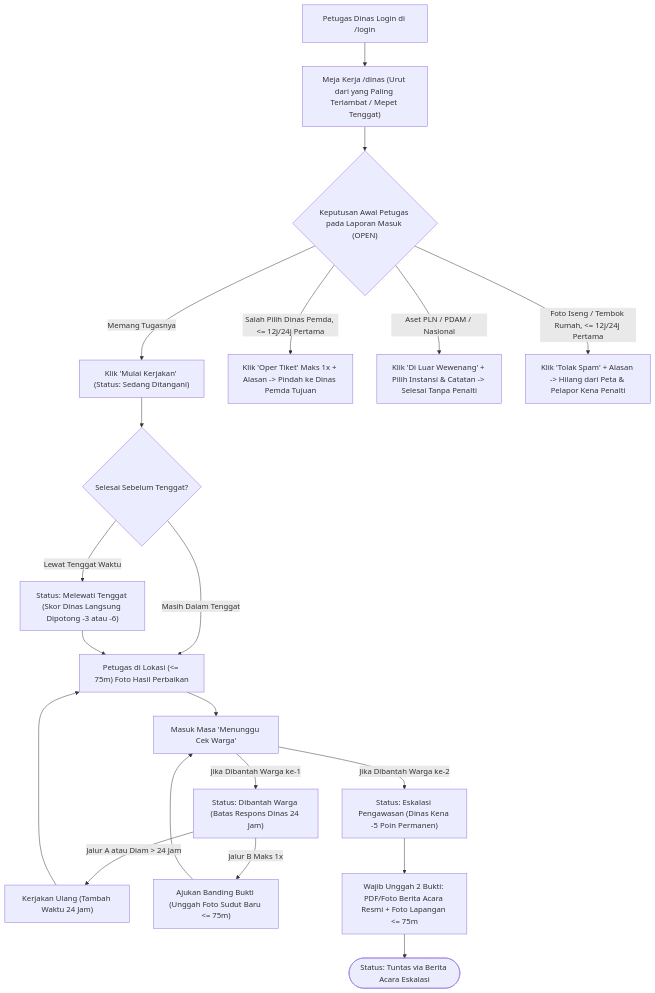
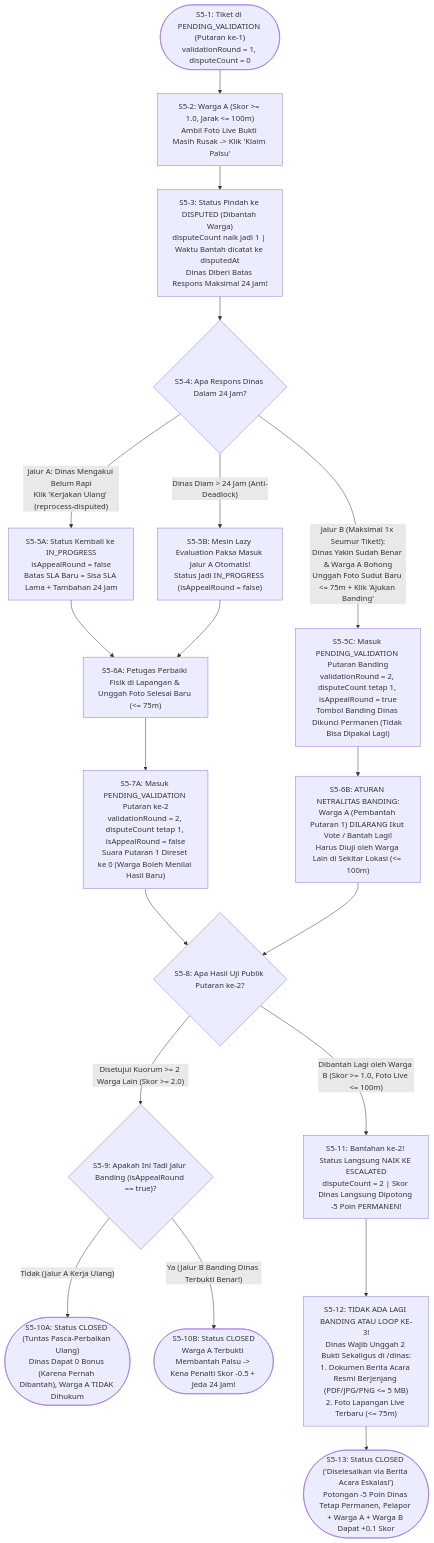
The fifth of 8 diagrams in docs/flow.md (Rejaacoding/laporpak-techcomfest2027), drawn with Mermaid before and after one commit. The commit also changed other lines of this file and 5 other files, not shown here.

Commit message:
docs(v3.5): add 3-layer anti-buzzer specs, Catatan Kerja Dinas rename, 8 detailed flowcharts, updated tasks, and PDF exports

````diff
--- a/docs/flow.md
+++ b/docs/flow.md
@@ -122,26 +201,30 @@
 ```mermaid
 flowchart TD
-    DinasLogin["Petugas Dinas Login di /login"] --> Queue["Meja Kerja /dinas (Urut dari yang Paling Terlambat / Mepet Tenggat)"]
-    Queue --> Action{"Keputusan Awal Petugas pada Laporan Masuk (OPEN)"}
+    S1(["S5-1: Tiket di PENDING_VALIDATION (Putaran ke-1)\nvalidationRound = 1, disputeCount = 0"]) --> S2["S5-2: Warga A (Skor >= 1.0, Jarak <= 100m)\nAmbil Foto Live Bukti Masih Rusak -> Klik 'Klaim Palsu'"]
 
-    Action -->|Memang Tugasnya| Work["Klik 'Mulai Kerjakan' (Status: Sedang Ditangani)"]
-    Action -->|Salah Pilih Dinas Pemda, <= 12j/24j Pertama| Transfer["Klik 'Oper Tiket' Maks 1x + Alasan -> Pindah ke Dinas Pemda Tujuan"]
-    Action -->|Aset PLN / PDAM / Nasional| OutScope["Klik 'Di Luar Wewenang' + Pilih Instansi & Catatan -> Selesai Tanpa Penalti"]
-    Action -->|Foto Iseng / Tembok Rumah, <= 12j/24j Pertama| Spam["Klik 'Tolak Spam' + Alasan -> Hilang dari Peta & Pelapor Kena Penalti"]
+    S2 --> S3["S5-3: Status Pindah ke DISPUTED (Dibantah Warga)\ndisputeCount naik jadi 1 | Waktu Bantah dicatat ke disputedAt\nDinas Diberi Batas Respons Maksimal 24 Jam!"]
 
-    Work --> CheckTime{"Selesai Sebelum Tenggat?"}
-    CheckTime -->|Lewat Tenggat Waktu| Overdue["Status: Melewati Tenggat (Skor Dinas Langsung Dipotong -3 atau -6)"]
-    CheckTime -->|Masih Dalam Tenggat| UploadFix["Petugas di Lokasi (<= 75m) Foto Hasil Perbaikan"]
-    Overdue --> UploadFix
-    UploadFix --> WaitCitizen["Masuk Masa 'Menunggu Cek Warga'"]
+    S3 --> S4{"S5-4: Apa Respons Dinas Dalam 24 Jam?"}
 
-    WaitCitizen -->|Jika Dibantah Warga ke-1| DisputedDinas["Status: Dibantah Warga (Batas Respons Dinas 24 Jam)"]
-    DisputedDinas -->|Jalur A atau Diam > 24 Jam| Rework["Kerjakan Ulang (Tambah Waktu 24 Jam)"]
-    DisputedDinas -->|Jalur B Maks 1x| Appeal["Ajukan Banding Bukti (Unggah Foto Sudut Baru <= 75m)"]
-    Rework --> UploadFix
-    Appeal --> WaitCitizen
+    S4 -->|"Jalur A: Dinas Mengakui Belum Rapi\nKlik 'Kerjakan Ulang' (reprocess-disputed)"| SA1["S5-5A: Status Kembali ke IN_PROGRESS\nisAppealRound = false\nBatas SLA Baru = Sisa SLA Lama + Tambahan 24 Jam"]
+    S4 -->|"Dinas Diam > 24 Jam (Anti-Deadlock)"| SA2["S5-5B: Mesin Lazy Evaluation Paksa Masuk Jalur A Otomatis!\nStatus Jadi IN_PROGRESS (isAppealRound = false)"]
+    SA1 --> SA3["S5-6A: Petugas Perbaiki Fisik di Lapangan & Unggah Foto Selesai Baru (<= 75m)"]
+    SA2 --> SA3
+    SA3 --> Round2A["S5-7A: Masuk PENDING_VALIDATION Putaran ke-2\nvalidationRound = 2, disputeCount tetap 1, isAppealRound = false\nSuara Putaran 1 Direset ke 0 (Warga Boleh Menilai Hasil Baru)"]
 
-    WaitCitizen -->|Jika Dibantah Warga ke-2| EscalatedDinas["Status: Eskalasi Pengawasan (Dinas Kena -5 Poin Permanen)"]
-    EscalatedDinas --> FinalDocs["Wajib Unggah 2 Bukti: PDF/Foto Berita Acara Resmi + Foto Lapangan <= 75m"]
-    FinalDocs --> ClosedEsc(["Status: Tuntas via Berita Acara Eskalasi"])
+    S4 -->|"Jalur B (Maksimal 1x Seumur Tiket!):\nDinas Yakin Sudah Benar & Warga A Bohong\nUnggah Foto Sudut Baru <= 75m + Klik 'Ajukan Banding'"| SB1["S5-5C: Masuk PENDING_VALIDATION Putaran Banding\nvalidationRound = 2, disputeCount tetap 1, isAppealRound = true\nTombol Banding Dinas Dikunci Permanen (Tidak Bisa Dipakai Lagi)"]
+
+    SB1 --> SB2["S5-6B: ATURAN NETRALITAS BANDING:\nWarga A (Pembantah Putaran 1) DILARANG Ikut Vote / Bantah Lagi!\nHarus Diuji oleh Warga Lain di Sekitar Lokasi (<= 100m)"]
+
+    Round2A --> CheckR2{"S5-8: Apa Hasil Uji Publik Putaran ke-2?"}
+    SB2 --> CheckR2
+
+    CheckR2 -->|"Disetujui Kuorum >= 2 Warga Lain (Skor >= 2.0)"| R2Closed{"S5-9: Apakah Ini Tadi Jalur Banding (isAppealRound == true)?"}
+    R2Closed -->|"Tidak (Jalur A Kerja Ulang)"| WinA(["S5-10A: Status CLOSED (Tuntas Pasca-Perbaikan Ulang)\nDinas Dapat 0 Bonus (Karena Pernah Dibantah), Warga A TIDAK Dihukum"])
+    R2Closed -->|"Ya (Jalur B Banding Dinas Terbukti Benar!)"| WinB(["S5-10B: Status CLOSED\nWarga A Terbukti Membantah Palsu -> Kena Penalti Skor -0.5 + Jeda 24 Jam!"])
+
+    CheckR2 -->|"Dibantah Lagi oleh Warga B (Skor >= 1.0, Foto Live <= 100m)"| Esc1["S5-11: Bantahan ke-2! Status Langsung NAIK KE ESCALATED\ndisputeCount = 2 | Skor Dinas Langsung Dipotong -5 Poin PERMANEN!"]
+
+    Esc1 --> Esc2["S5-12: TIDAK ADA LAGI BANDING ATAU LOOP KE-3!\nDinas Wajib Unggah 2 Bukti Sekaligus di /dinas:\n1. Dokumen Berita Acara Resmi Berjenjang (PDF/JPG/PNG <= 5 MB)\n2. Foto Lapangan Live Terbaru (<= 75m)"]
+    Esc2 --> EscClosed(["S5-13: Status CLOSED ('Diselesaikan via Berita Acara Eskalasi')\nPotongan -5 Poin Dinas Tetap Permanen, Pelapor + Warga A + Warga B Dapat +0.1 Skor"])
 ```
````
